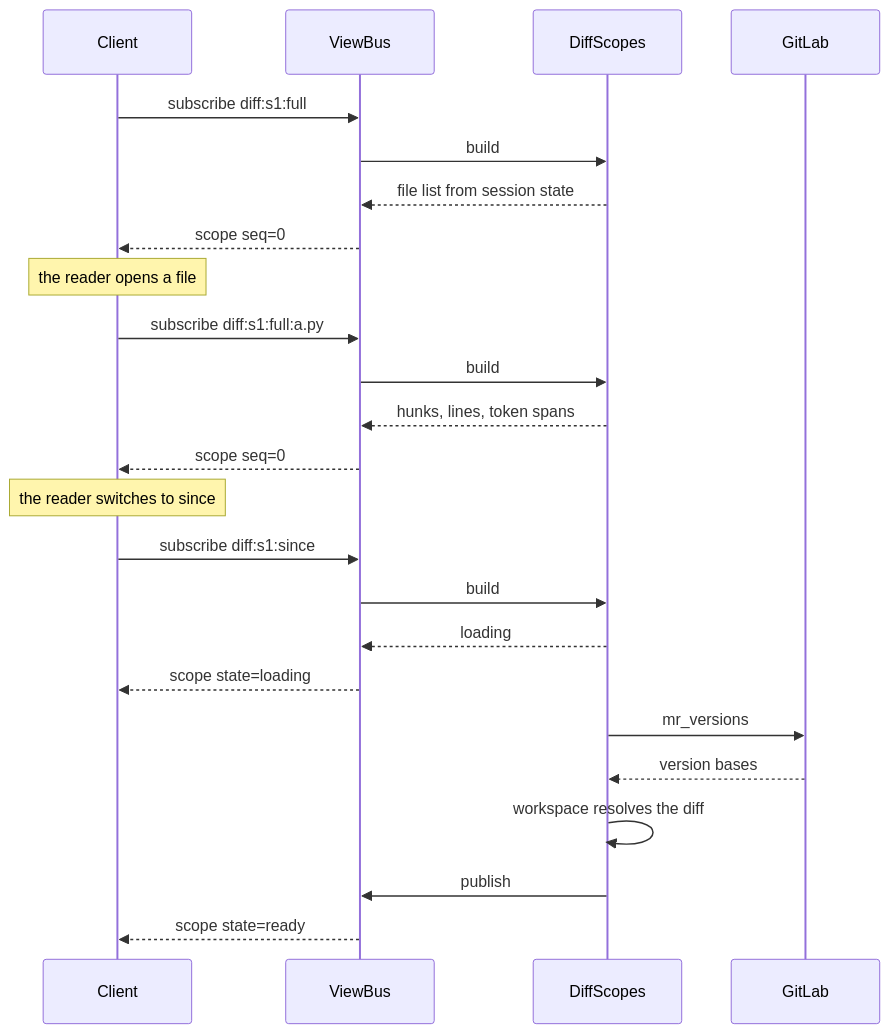
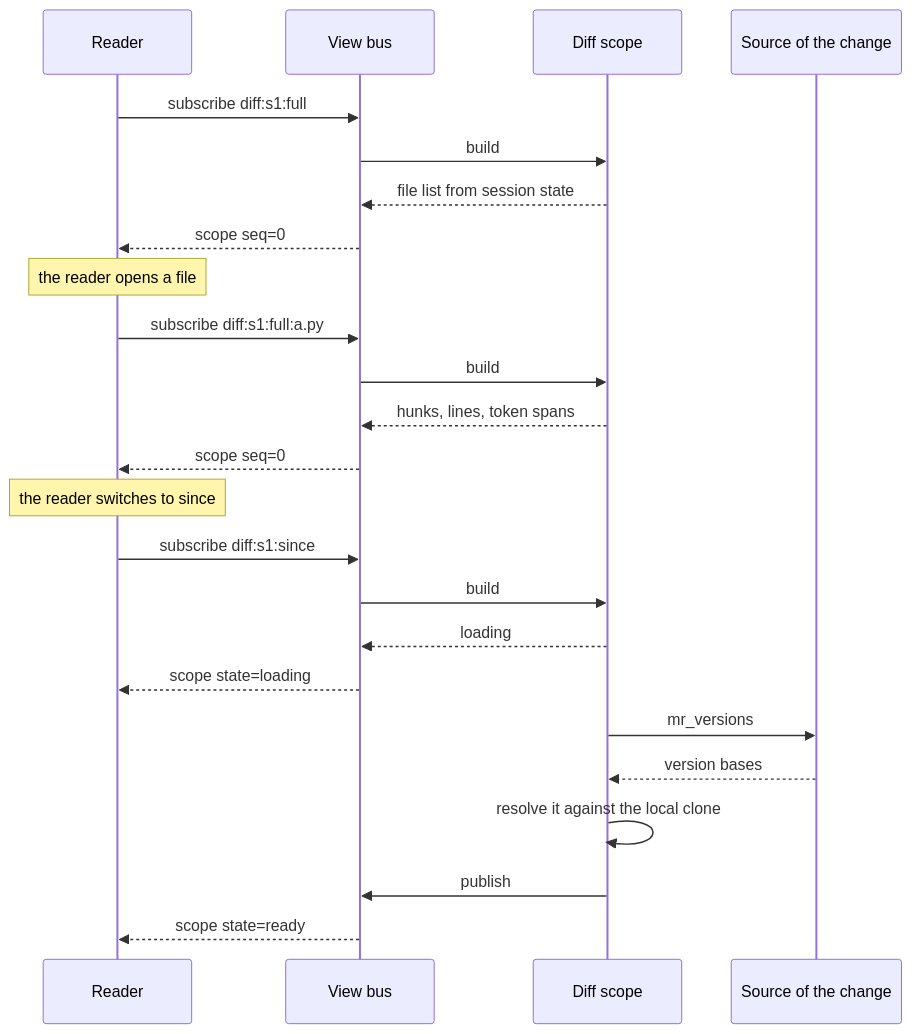
One commit to Joacchim/review-mate-prototype changed the third of 3 diagrams in docs/architecture.md. Above: the diagram before and after it, drawn with Mermaid. The commit also changed other lines of this file and 3 other files, not shown here.

First line of the commit message:
docs: install as a user, say what the agent may not do, and draw the architecture by role

````diff
--- a/docs/architecture.md
+++ b/docs/architecture.md
@@ -191,27 +237,27 @@
 ```mermaid
 sequenceDiagram
-    participant C as Client
-    participant B as ViewBus
-    participant D as DiffScopes
-    participant G as GitLab
+    participant C as Reader
+    participant B as View bus
+    participant D as Diff scope
+    participant G as Source of the change
 
     C->>B: subscribe diff:s1:full
     B->>D: build
     D-->>B: file list from session state
     B-->>C: scope seq=0
     Note over C: the reader opens a file
     C->>B: subscribe diff:s1:full:a.py
     B->>D: build
     D-->>B: hunks, lines, token spans
     B-->>C: scope seq=0
     Note over C: the reader switches to since
     C->>B: subscribe diff:s1:since
     B->>D: build
     D-->>B: loading
     B-->>C: scope state=loading
     D->>G: mr_versions
     G-->>D: version bases
-    D->>D: workspace resolves the diff
+    D->>D: resolve it against the local clone
     D->>B: publish
     B-->>C: scope state=ready
 ```
````
